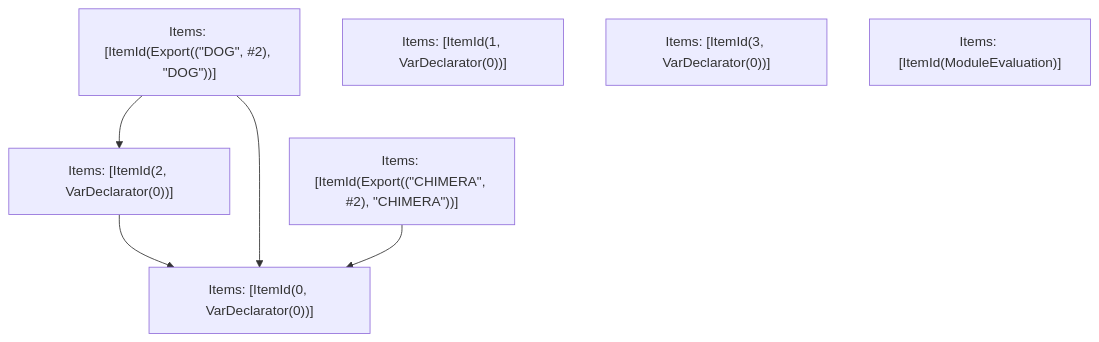
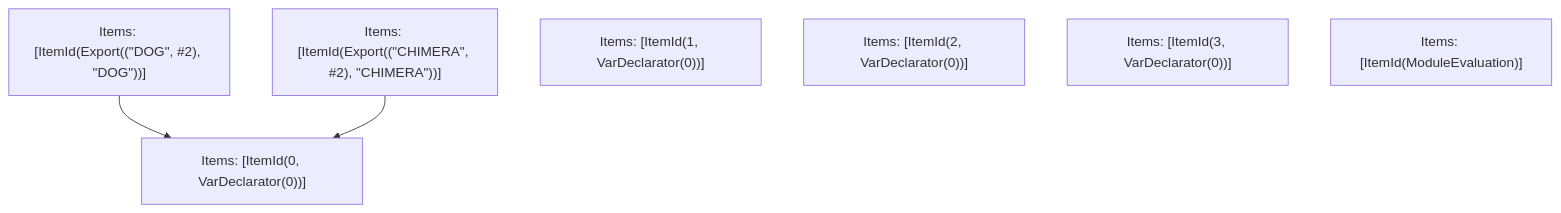
The fifth of 5 diagrams in turbopack/crates/turbopack-ecmascript/tests/tree-shaker/analyzer/simple/output.md (Sonar-UX-Testing-FreePlan/next.js), drawn with Mermaid before and after one commit. The commit also changed 30 other files, not shown here.

````diff
--- a/turbopack/crates/turbopack-ecmascript/tests/tree-shaker/analyzer/simple/output.md
+++ b/turbopack/crates/turbopack-ecmascript/tests/tree-shaker/analyzer/simple/output.md
@@ -119,14 +119,12 @@
 ```mermaid
 graph TD
     N0["Items: [ItemId(Export((&quot;CHIMERA&quot;, #2), &quot;CHIMERA&quot;))]"];
     N1["Items: [ItemId(Export((&quot;DOG&quot;, #2), &quot;DOG&quot;))]"];
     N2["Items: [ItemId(0, VarDeclarator(0))]"];
-    N3["Items: [ItemId(2, VarDeclarator(0))]"];
-    N4["Items: [ItemId(1, VarDeclarator(0))]"];
+    N3["Items: [ItemId(1, VarDeclarator(0))]"];
+    N4["Items: [ItemId(2, VarDeclarator(0))]"];
     N5["Items: [ItemId(3, VarDeclarator(0))]"];
     N6["Items: [ItemId(ModuleEvaluation)]"];
-    N3 --> N2;
     N1 --> N2;
     N0 --> N2;
-    N1 --> N3;
 ```
````
